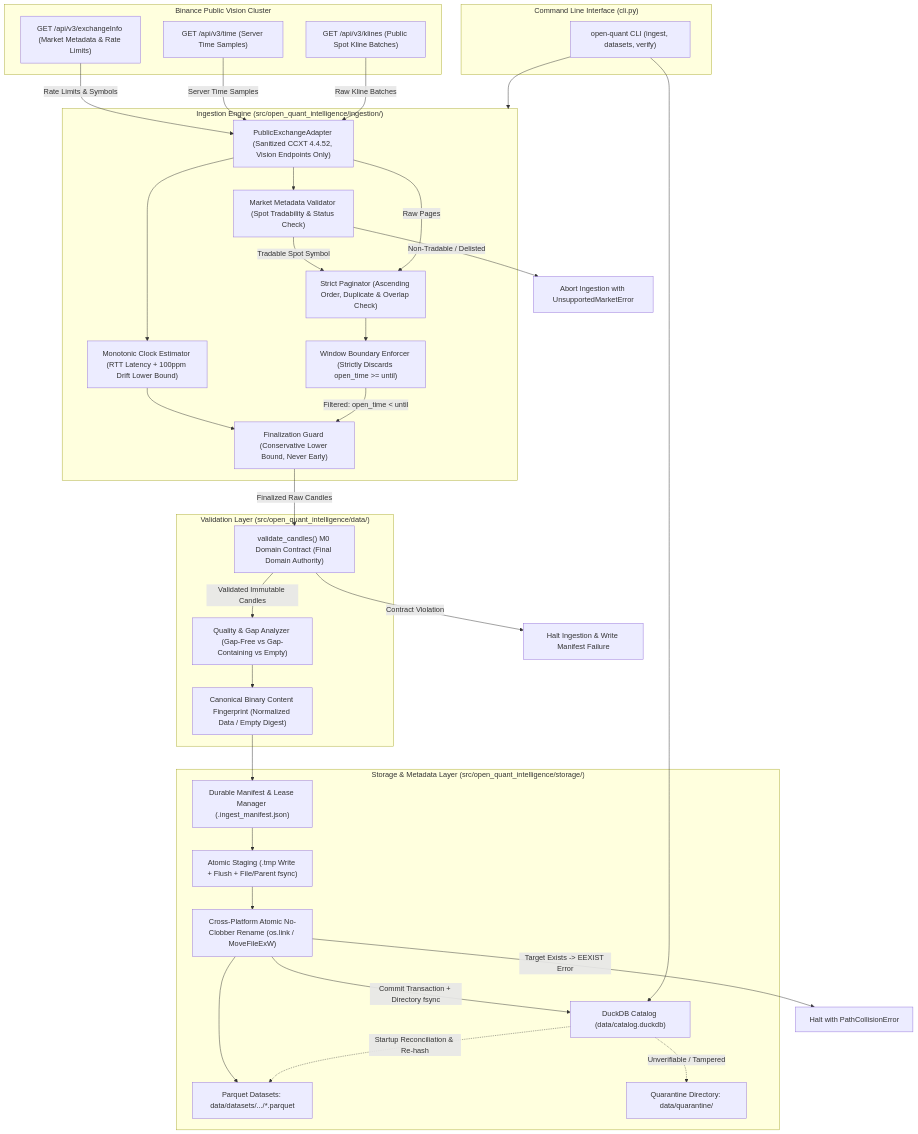
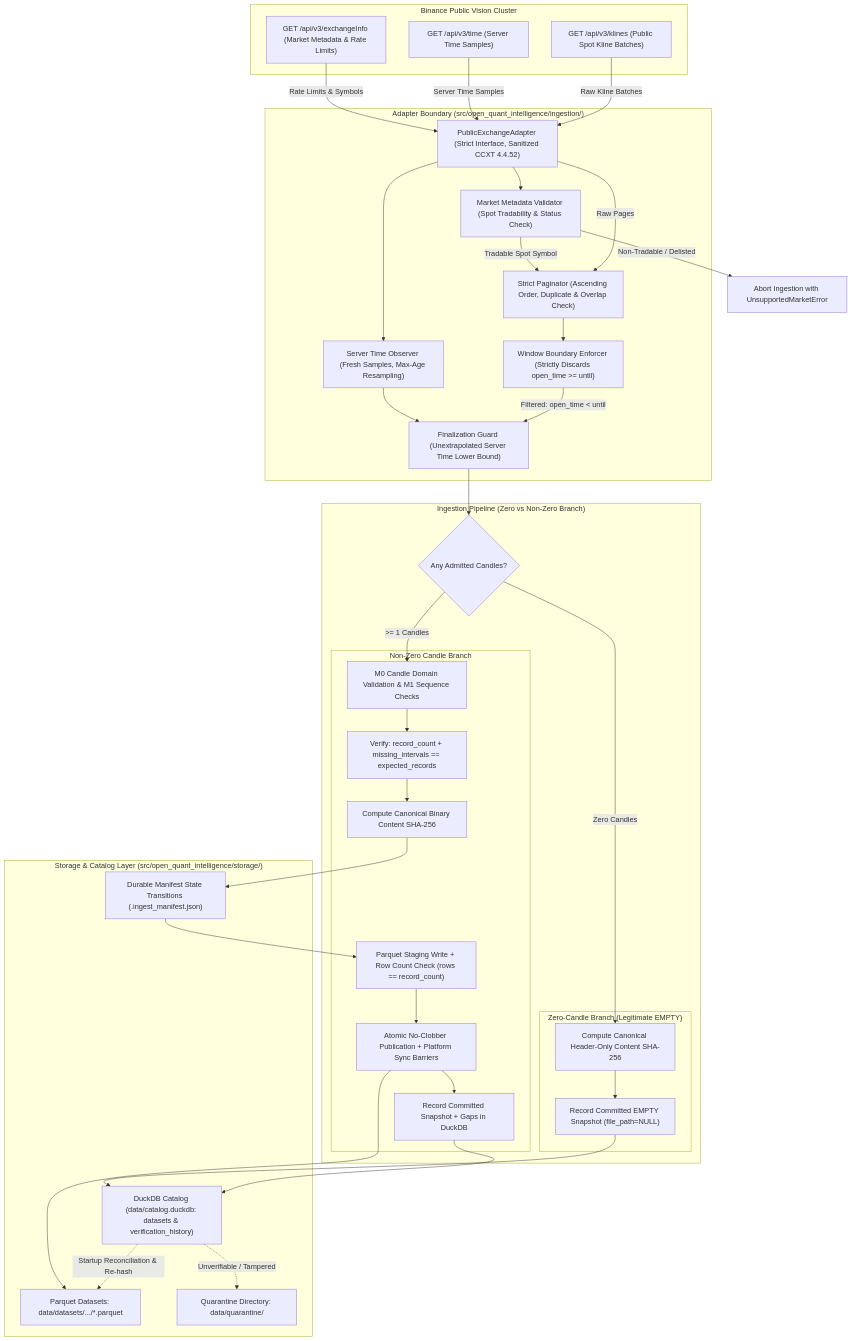
Before and after one commit to jayp91131-sudo/open-quant-intelligence: the diagram in docs/M1_ARCHITECTURE_PROPOSAL.md, drawn with Mermaid. The commit also changed other lines of this file, not shown here.

Commit message:
docs(m1): apply technical lead final review corrections to architecture proposal

````diff
--- a/docs/M1_ARCHITECTURE_PROPOSAL.md
+++ b/docs/M1_ARCHITECTURE_PROPOSAL.md
@@ -123,62 +124,71 @@
 ```mermaid
 flowchart TD
-    subgraph Binance_Public["Binance Public Vision Cluster"]
+    subgraph Binance_Vision["Binance Public Vision Cluster"]
         ExchangeInfo["GET /api/v3/exchangeInfo (Market Metadata & Rate Limits)"]
         TimeAPI["GET /api/v3/time (Server Time Samples)"]
         API["GET /api/v3/klines (Public Spot Kline Batches)"]
     end
 
-    subgraph Ingestion_Engine["Ingestion Engine (src/open_quant_intelligence/ingestion/)"]
-        Adapter["PublicExchangeAdapter (Sanitized CCXT 4.4.52, Vision Endpoints Only)"]
+    subgraph Ingestion_Adapter["Adapter Boundary (src/open_quant_intelligence/ingestion/)"]
+        Adapter["PublicExchangeAdapter (Strict Interface, Sanitized CCXT 4.4.52)"]
         PreFlight["Market Metadata Validator (Spot Tradability & Status Check)"]
-        ClockSync["Monotonic Clock Estimator (RTT Latency + 100ppm Drift Lower Bound)"]
+        ClockSync["Server Time Observer (Fresh Samples, Max-Age Resampling)"]
         Paginator["Strict Paginator (Ascending Order, Duplicate & Overlap Check)"]
         BoundaryFilter["Window Boundary Enforcer (Strictly Discards open_time >= until)"]
-        Finalizer["Finalization Guard (Conservative Lower Bound, Never Early)"]
+        Finalizer["Finalization Guard (Unextrapolated Server Time Lower Bound)"]
     end
 
-    subgraph Validation_Layer["Validation Layer (src/open_quant_intelligence/data/)"]
-        Validator["validate_candles() M0 Domain Contract (Final Domain Authority)"]
-        QualityAnalyzer["Quality & Gap Analyzer (Gap-Free vs Gap-Containing vs Empty)"]
-        BinaryFingerprint["Canonical Binary Content Fingerprint (Normalized Data / Empty Digest)"]
+    subgraph Pipeline_Branching["Ingestion Pipeline (Zero vs Non-Zero Branch)"]
+        Decision{"Any Admitted Candles?"}
+        
+        subgraph Zero_Branch["Zero-Candle Branch (Legitimate EMPTY)"]
+            EmptyDigest["Compute Canonical Header-Only Content SHA-256"]
+            EmptyCatalog["Record Committed EMPTY Snapshot (file_path=NULL)"]
+        end
+        
+        subgraph Non_Zero_Branch["Non-Zero Candle Branch"]
+            M0Validator["M0 Candle Domain Validation & M1 Sequence Checks"]
+            QualityCheck["Verify: record_count + missing_intervals == expected_records"]
+            DataDigest["Compute Canonical Binary Content SHA-256"]
+            Staging["Parquet Staging Write + Row Count Check (rows == record_count)"]
+            Publication["Atomic No-Clobber Publication + Platform Sync Barriers"]
+            DataCatalog["Record Committed Snapshot + Gaps in DuckDB"]
+        end
     end
 
-    subgraph Storage_Layer["Storage & Metadata Layer (src/open_quant_intelligence/storage/)"]
-        ManifestManager["Durable Manifest & Lease Manager (.ingest_manifest.json)"]
-        StageStore["Atomic Staging (.tmp Write + Flush + File/Parent fsync)"]
-        AtomicRename["Cross-Platform Atomic No-Clobber Rename (os.link / MoveFileExW)"]
-        DuckDBCatalog["DuckDB Catalog (data/catalog.duckdb)"]
+    subgraph Storage_Catalog["Storage & Catalog Layer (src/open_quant_intelligence/storage/)"]
+        ManifestManager["Durable Manifest State Transitions (.ingest_manifest.json)"]
         DataFiles["Parquet Datasets: data/datasets/.../*.parquet"]
+        DuckDBCatalog["DuckDB Catalog (data/catalog.duckdb: datasets & verification_history)"]
         Quarantine["Quarantine Directory: data/quarantine/"]
-    end
-
-    subgraph User_CLI["Command Line Interface (cli.py)"]
-        CLI["open-quant CLI (ingest, datasets, verify)"]
     end
 
     ExchangeInfo -->|Rate Limits & Symbols| Adapter
     Adapter --> PreFlight
     PreFlight -->|Non-Tradable / Delisted| HaltPre["Abort Ingestion with UnsupportedMarketError"]
     PreFlight -->|Tradable Spot Symbol| Paginator
     TimeAPI -->|Server Time Samples| Adapter
     Adapter --> ClockSync
     ClockSync --> Finalizer
     API -->|Raw Kline Batches| Adapter
     Adapter -->|Raw Pages| Paginator
     Paginator --> BoundaryFilter
     BoundaryFilter -->|Filtered: open_time < until| Finalizer
-    Finalizer -->|Finalized Raw Candles| Validator
-    Validator -->|Contract Violation| Fail["Halt Ingestion & Write Manifest Failure"]
-    Validator -->|Validated Immutable Candles| QualityAnalyzer
-    QualityAnalyzer --> BinaryFingerprint
-    BinaryFingerprint --> ManifestManager
-    ManifestManager --> StageStore
-    StageStore --> AtomicRename
-    AtomicRename -->|Target Exists -> EEXIST Error| Collision["Halt with PathCollisionError"]
-    AtomicRename --> DataFiles
-    AtomicRename -->|Commit Transaction + Directory fsync| DuckDBCatalog
+    Finalizer --> Decision
+    
+    Decision -->|Zero Candles| EmptyDigest
+    EmptyDigest --> EmptyCatalog
+    EmptyCatalog --> DuckDBCatalog
+    
+    Decision -->|>= 1 Candles| M0Validator
+    M0Validator --> QualityCheck
+    QualityCheck --> DataDigest
+    DataDigest --> ManifestManager
+    ManifestManager --> Staging
+    Staging --> Publication
+    Publication --> DataFiles
+    Publication --> DataCatalog
+    DataCatalog --> DuckDBCatalog
     DuckDBCatalog -.->|Startup Reconciliation & Re-hash| DataFiles
     DuckDBCatalog -.->|Unverifiable / Tampered| Quarantine
-    CLI --> Ingestion_Engine
-    CLI --> DuckDBCatalog
 ```
````
